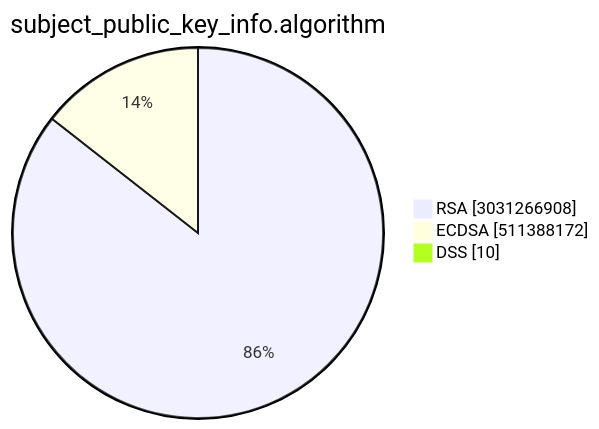
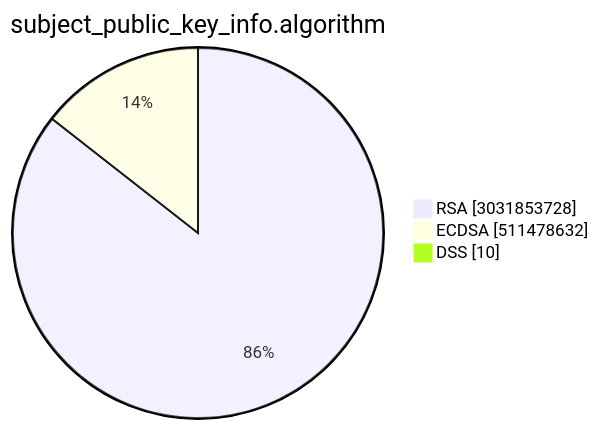
One commit to christiankrug/ctmonitor_visualization changed the second of 15 diagrams in TOTAL/README.md. Above: the diagram before and after it, drawn with Mermaid. The commit also changed other lines of this file, not shown here.

````diff
--- a/TOTAL/README.md
+++ b/TOTAL/README.md
@@ -6,7 +6,7 @@
 ```mermaid
 pie showData
 title subject_public_key_info.algorithm
-"RSA" :3031266908
-"ECDSA" :511388172
+"RSA" :3031853728
+"ECDSA" :511478632
 "DSS" :10
 ```
````
